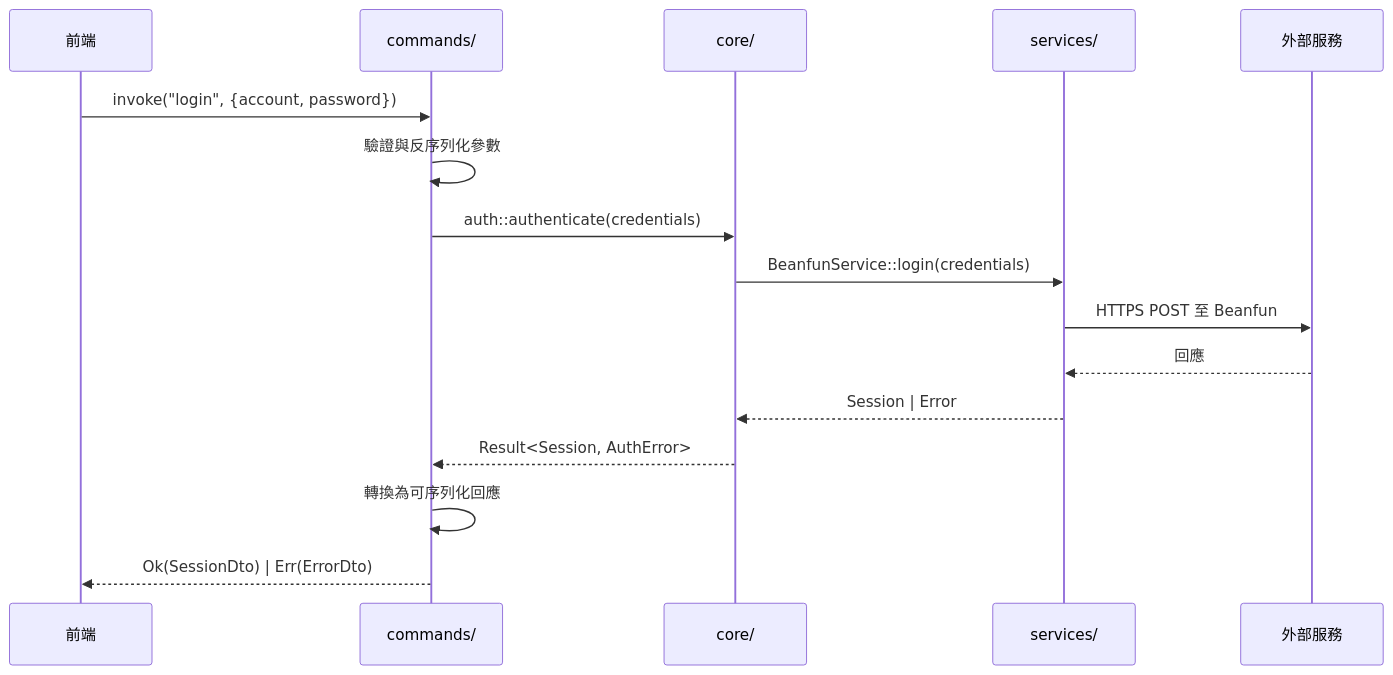
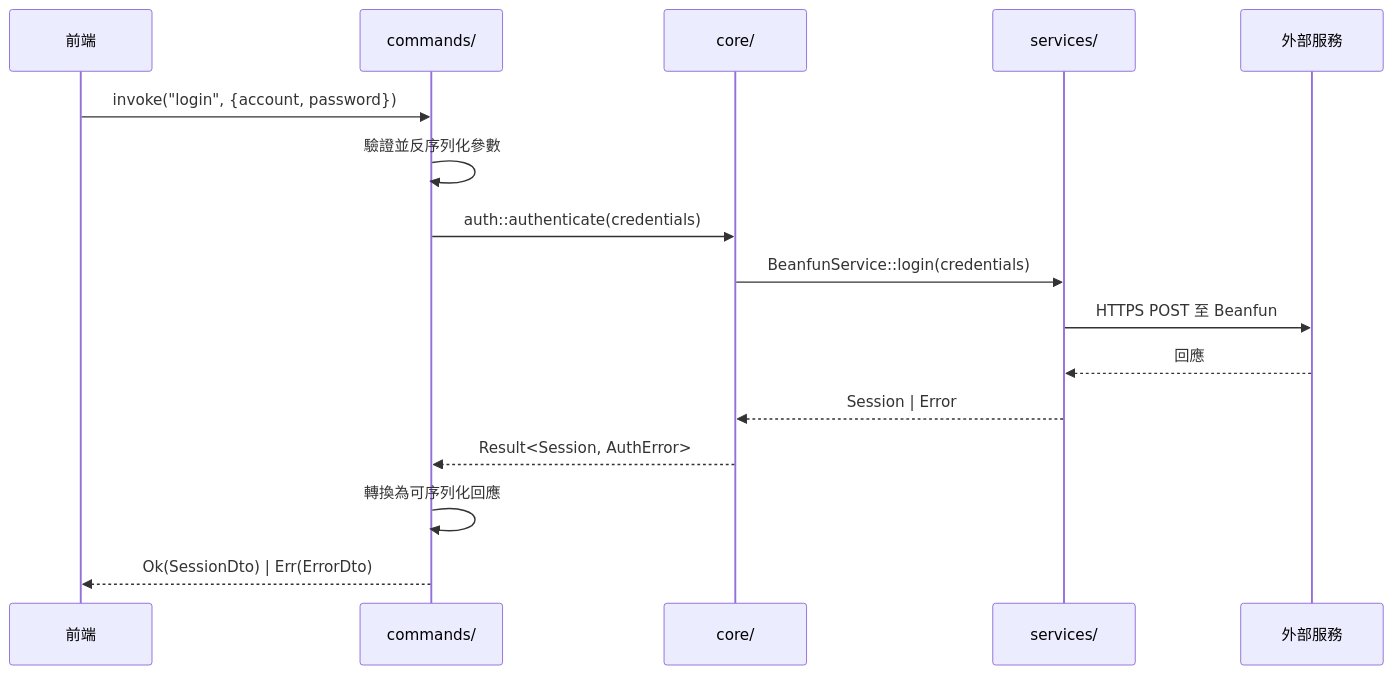
The second of 2 diagrams in README.md (lshw54/maplelink), drawn with Mermaid before and after one commit. The commit also changed other lines of this file and 23 other files, not shown here.

````diff
--- a/README.md
+++ b/README.md
@@ -115,19 +122,19 @@
 ```mermaid
 sequenceDiagram
     participant 前端 as 前端
     participant 指令 as commands/
     participant 核心 as core/
     participant 服務 as services/
     participant 外部 as 外部服務
 
     前端->>指令: invoke("login", {account, password})
-    指令->>指令: 驗證與反序列化參數
+    指令->>指令: 驗證並反序列化參數
     指令->>核心: auth::authenticate(credentials)
     核心->>服務: BeanfunService::login(credentials)
     服務->>外部: HTTPS POST 至 Beanfun
     外部-->>服務: 回應
     服務-->>核心: Session | Error
     核心-->>指令: Result<Session, AuthError>
     指令->>指令: 轉換為可序列化回應
     指令-->>前端: Ok(SessionDto) | Err(ErrorDto)
 ```
````
